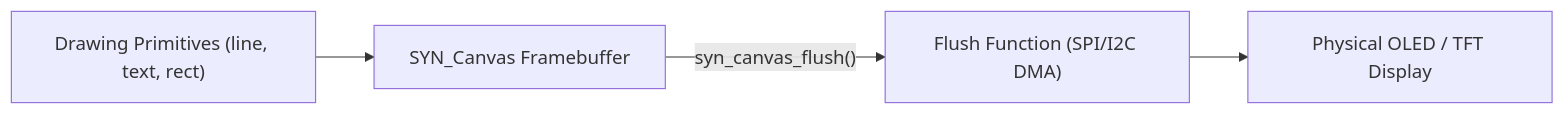
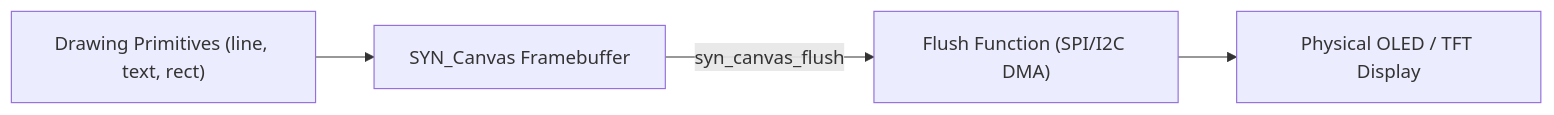
One commit to chenyurong22/SyntropicOS changed the diagram in docs/modules/display.md. Above: the diagram before and after it, drawn with Mermaid. The commit also changed 8 other files, not shown here.

First line of the commit message:
docs(mermaid): fix unquoted parentheses and invalid syntax across all documentation diagrams

````diff
--- a/docs/modules/display.md
+++ b/docs/modules/display.md
@@ -13,6 +13,6 @@
 ```mermaid
 flowchart LR
     Drawing["Drawing Primitives (line, text, rect)"] --> Canvas["SYN_Canvas Framebuffer"]
-    Canvas -- syn_canvas_flush() --> HardwareFn["Flush Function (SPI/I2C DMA)"]
+    Canvas -->|syn_canvas_flush| HardwareFn["Flush Function (SPI/I2C DMA)"]
     HardwareFn --> OLED["Physical OLED / TFT Display"]
 ```
````
